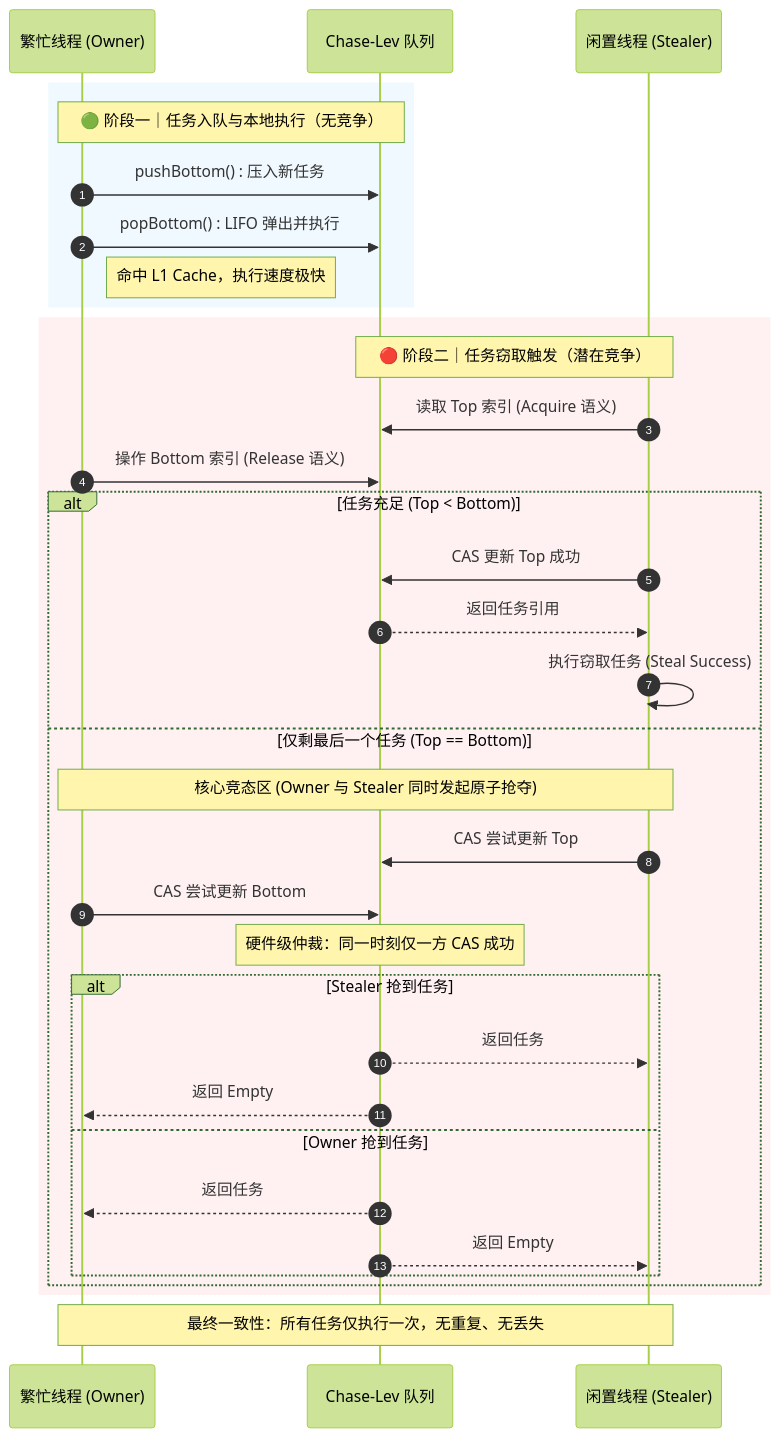
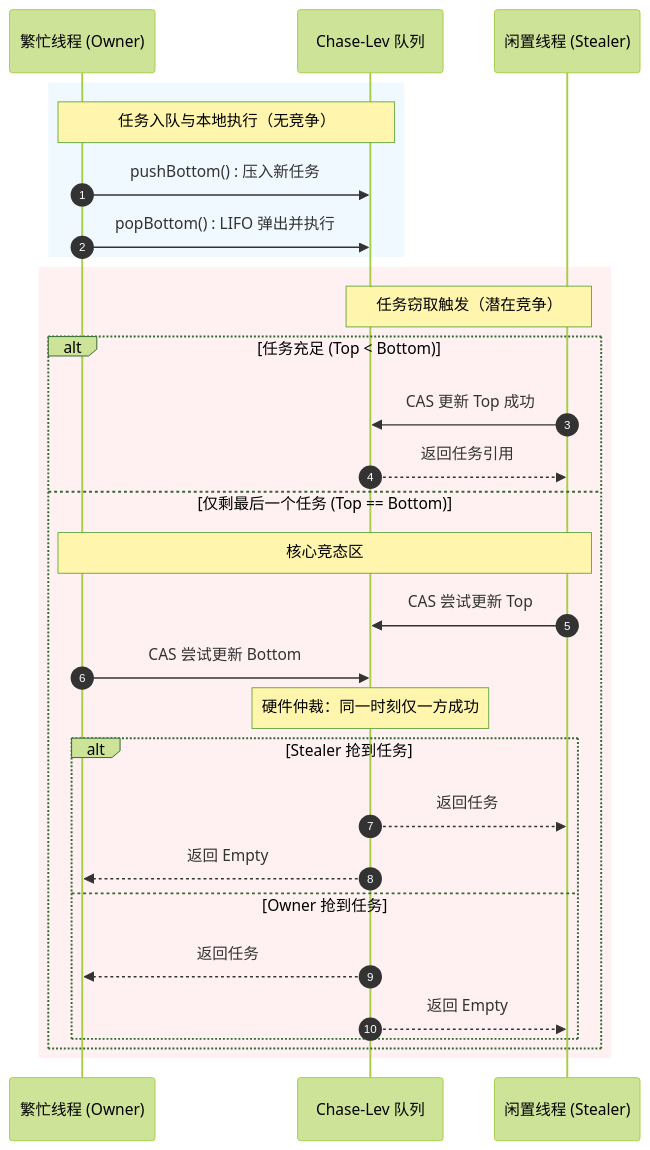
One commit to chenyuhao-chin/Muduo-LockFree-Steal-Optimization-Engine changed the second of 2 diagrams in README.md. Above: the diagram before and after it, drawn with Mermaid (forest theme). The commit also changed other lines of this file, not shown here.

Commit message:
rewrite README: focus on debug narrative, Mermaid diagrams, perf/strace insights

````diff
--- a/README.md
+++ b/README.md
@@ -182,42 +98,36 @@
 ```mermaid
 sequenceDiagram
     autonumber
     
     participant Owner as 繁忙线程 (Owner)
     participant Deque as Chase-Lev 队列
     participant Stealer as 闲置线程 (Stealer)
 
     rect rgb(240, 249, 255)
-    Note over Owner, Deque: 🟢 阶段一｜任务入队与本地执行（无竞争）
+    Note over Owner, Deque: 任务入队与本地执行（无竞争）
     Owner->>Deque: pushBottom() : 压入新任务
     Owner->>Deque: popBottom() : LIFO 弹出并执行
-    Note right of Owner: 命中 L1 Cache，执行速度极快
     end
 
     rect rgb(255, 241, 242)
-    Note over Stealer, Deque: 🔴 阶段二｜任务窃取触发（潜在竞争）
-    Stealer->>Deque: 读取 Top 索引 (Acquire 语义)
-    Owner->>Deque: 操作 Bottom 索引 (Release 语义)
+    Note over Stealer, Deque: 任务窃取触发（潜在竞争）
 
     alt 任务充足 (Top < Bottom)
         Stealer->>Deque: CAS 更新 Top 成功
         Deque-->>Stealer: 返回任务引用
-        Stealer->>Stealer: 执行窃取任务 (Steal Success)
     else 仅剩最后一个任务 (Top == Bottom)
-        Note over Owner, Stealer: 核心竞态区 (Owner 与 Stealer 同时发起原子抢夺)
+        Note over Owner, Stealer: 核心竞态区
         Stealer->>Deque: CAS 尝试更新 Top
         Owner->>Deque: CAS 尝试更新 Bottom
-        Note over Deque: 硬件级仲裁：同一时刻仅一方 CAS 成功
+        Note over Deque: 硬件仲裁：同一时刻仅一方成功
         
         alt Stealer 抢到任务
             Deque-->>Stealer: 返回任务
             Deque-->>Owner: 返回 Empty
         else Owner 抢到任务
             Deque-->>Owner: 返回任务
             Deque-->>Stealer: 返回 Empty
         end
     end
     end
-
-    Note over Owner, Stealer: 最终一致性：所有任务仅执行一次，无重复、无丢失
 ```
````
